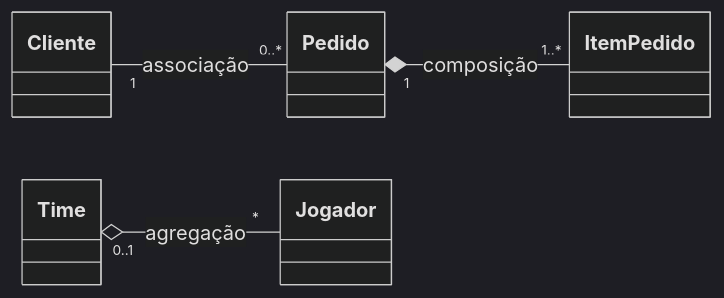
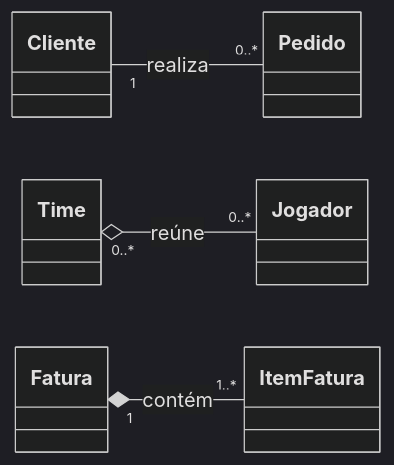
The diagram in content/enade/poo/relacionamentos-coesao-acoplamento.md (pedrotescaro/Stacklyst), drawn with Mermaid (dark theme) before and after one commit. The commit also changed other lines of this file and 84 other files, not shown here.

Commit message:
feat(enade): redraw study library diagrams

````diff
--- a/content/enade/poo/relacionamentos-coesao-acoplamento.md
+++ b/content/enade/poo/relacionamentos-coesao-acoplamento.md
@@ -96,7 +96,7 @@
-```mermaid Associação, agregação e composição
+```mermaid Três relações estruturais UML
 classDiagram
   direction LR
-  Cliente "1" -- "0..*" Pedido : associação
-  Time "0..1" o-- "*" Jogador : agregação
-  Pedido "1" *-- "1..*" ItemPedido : composição
+  Cliente "1" -- "0..*" Pedido : realiza
+  Time "0..*" o-- "0..*" Jogador : reúne
+  Fatura "1" *-- "1..*" ItemFatura : contém
 ```
````
